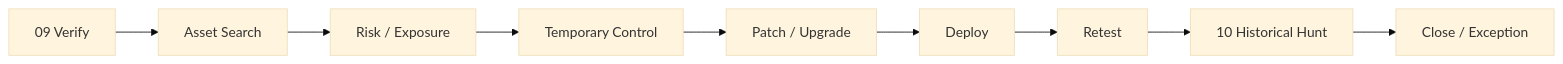
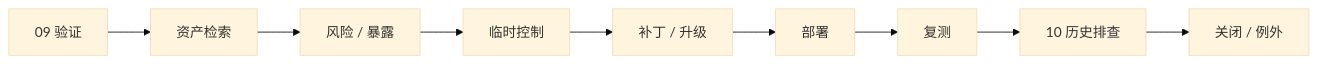
The ninth of 10 diagrams in docs/公司安全知识图谱.md (xiaochen201807/company-network-security-docs), drawn with Mermaid (base theme) before and after one commit. The commit also changed other lines of this file and 81 other files, not shown here.

```diff
--- a/docs/公司安全知识图谱.md
+++ b/docs/公司安全知识图谱.md
@@ -407,11 +407,11 @@
 ~~~mermaid
 flowchart LR
-    A["09 Verify"] --> B["Asset Search"]
-    B --> C["Risk / Exposure"]
-    C --> D["Temporary Control"]
-    D --> E["Patch / Upgrade"]
-    E --> F["Deploy"]
-    F --> G["Retest"]
-    G --> H["10 Historical Hunt"]
-    H --> I["Close / Exception"]
+    A["09 验证"] --> B["资产检索"]
+    B --> C["风险 / 暴露"]
+    C --> D["临时控制"]
+    D --> E["补丁 / 升级"]
+    E --> F["部署"]
+    F --> G["复测"]
+    G --> H["10 历史排查"]
+    H --> I["关闭 / 例外"]
 ~~~
```
